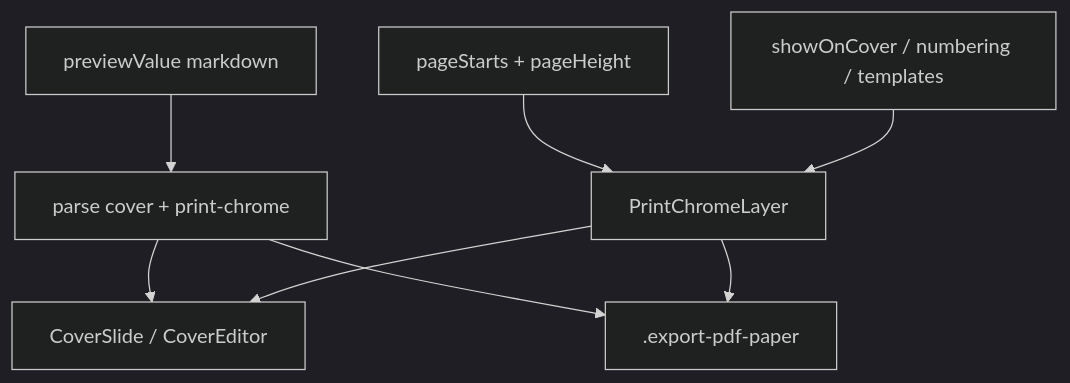
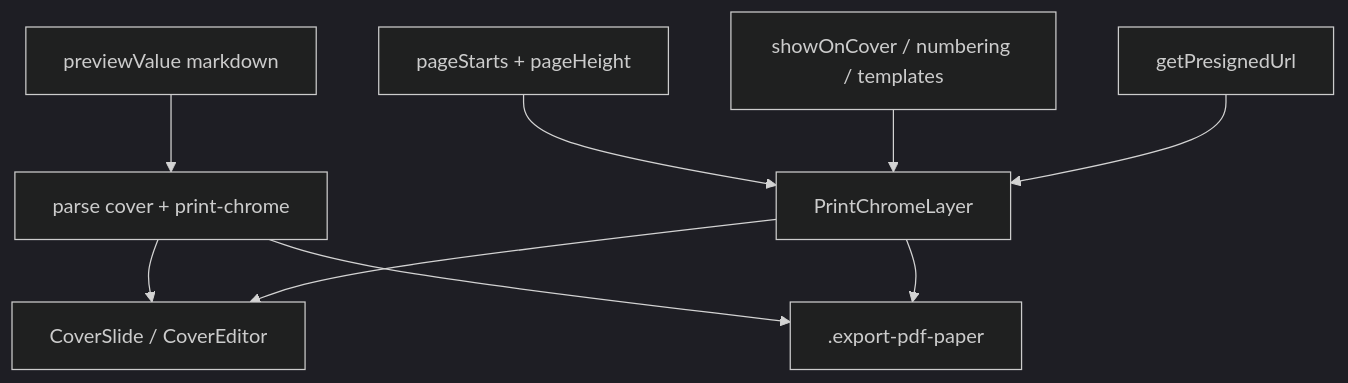
Before and after one commit to explainpark101/DocuHaim: the diagram in .cursor/plans/print_chrome_templates_c27c3fe5.plan.md, drawn with Mermaid (dark theme). The commit also changed other lines of this file, not shown here.

First line of the commit message:
feat(Print Chrome Templates): enhance template functionality for printing

````diff
--- a/.cursor/plans/print_chrome_templates_c27c3fe5.plan.md
+++ b/.cursor/plans/print_chrome_templates_c27c3fe5.plan.md
@@ -97,10 +116,11 @@
 ```mermaid
 flowchart TB
   md["previewValue markdown"] --> parse["parse cover + print-chrome"]
   parse --> coverDom["CoverSlide / CoverEditor"]
   parse --> bodyPaper[".export-pdf-paper"]
   chrome["PrintChromeLayer"] --> coverDom
   chrome --> bodyPaper
   pageStarts["pageStarts + pageHeight"] --> chrome
   opts["showOnCover / numbering / templates"] --> chrome
+  urls["getPresignedUrl"] --> chrome
 ```
````
